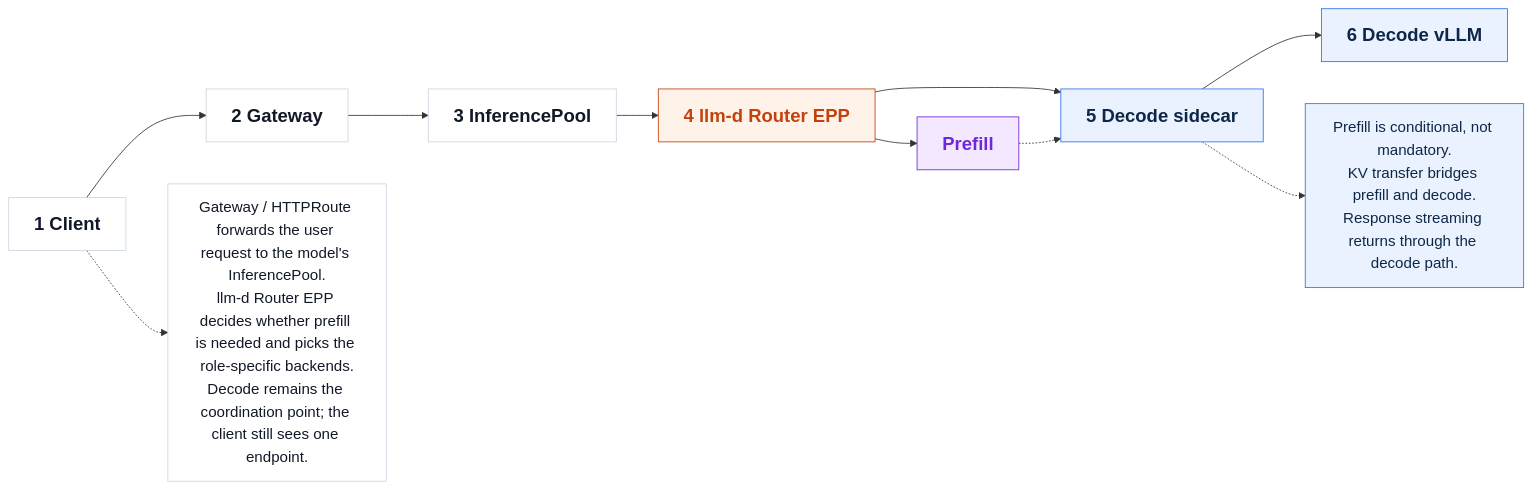
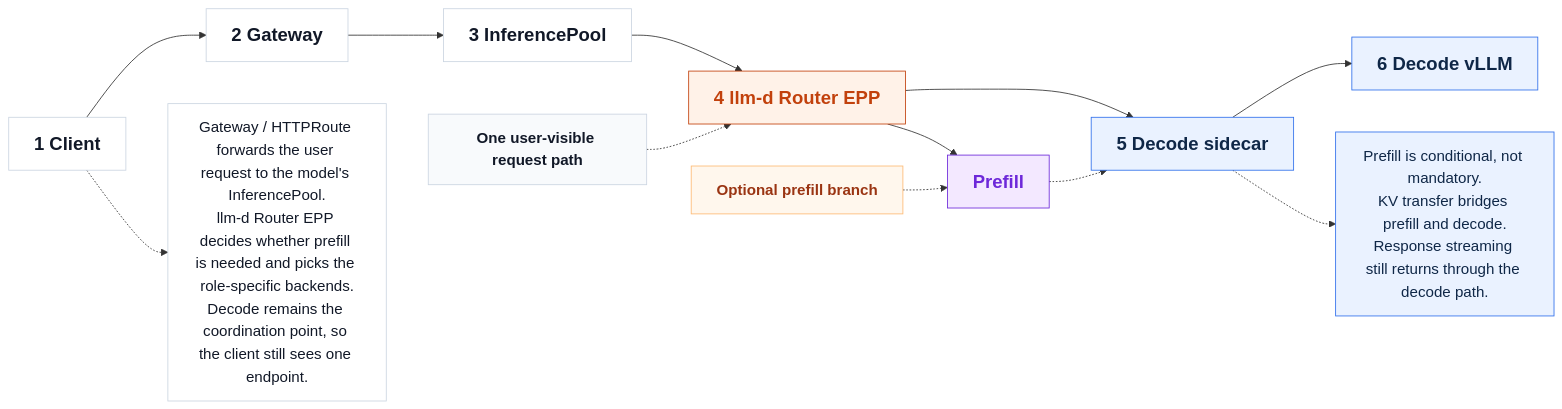
Before and after one commit to andyzhangx/demo: the diagram in llm/kaito-llm-d-pd-slides-assets/mermaid/slide-07-request-execution-flow.mmd, drawn with Mermaid. The commit also changed 6 other files, not shown here.

Commit message:
docs: polish presentation layouts for pd mermaid slides

```diff
--- a/llm/kaito-llm-d-pd-slides-assets/mermaid/slide-07-request-execution-flow.mmd
+++ b/llm/kaito-llm-d-pd-slides-assets/mermaid/slide-07-request-execution-flow.mmd
@@ -1,37 +1,45 @@
 flowchart LR
-%% pos CLIENT 70 160 220 110
-%% pos GATEWAY 350 160 250 110
-%% pos POOL 690 160 320 110
-%% pos ROUTER 1090 160 380 110
-%% pos SIDECAR 1580 160 320 110
-%% pos VLLM 1970 160 170 110
-%% pos PREFILL 1120 430 300 110
-%% pos NOTE1 70 650 1180 220
-%% pos NOTE2 1360 650 770 220
+%% pos PATH 70 85 620 90
+%% pos PREFILLTAG 1120 85 280 90
+%% pos CLIENT 80 210 220 110
+%% pos GATEWAY 360 210 250 110
+%% pos POOL 700 210 320 110
+%% pos ROUTER 1100 210 360 110
+%% pos SIDECAR 1560 210 320 110
+%% pos VLLM 1960 210 170 110
+%% pos PREFILL 1140 500 280 110
+%% pos NOTE1 80 690 1160 200
+%% pos NOTE2 1360 690 760 200
 
+PATH["One user-visible request path"]:::tag
+PREFILLTAG["Optional prefill branch"]:::tag2
 CLIENT["1 Client"]:::plain
 GATEWAY["2 Gateway"]:::plain
 POOL["3 InferencePool"]:::plain
 ROUTER["4 llm-d Router EPP"]:::orange
 SIDECAR["5 Decode sidecar"]:::decode
 VLLM["6 Decode vLLM"]:::decode
 PREFILL["Prefill"]:::prefill
-NOTE1["Gateway / HTTPRoute forwards the user request to the model's InferencePool.\nllm-d Router EPP decides whether prefill is needed and picks the role-specific backends.\nDecode remains the coordination point; the client still sees one endpoint."]:::note
-NOTE2["Prefill is conditional, not mandatory.\nKV transfer bridges prefill and decode.\nResponse streaming returns through the decode path."]:::blueNote
+NOTE1["Gateway / HTTPRoute forwards the user request to the model's InferencePool.\nllm-d Router EPP decides whether prefill is needed and picks the role-specific backends.\nDecode remains the coordination point, so the client still sees one endpoint."]:::note
+NOTE2["Prefill is conditional, not mandatory.\nKV transfer bridges prefill and decode.\nResponse streaming still returns through the decode path."]:::blueNote
 
 CLIENT --> GATEWAY
 GATEWAY --> POOL
 POOL --> ROUTER
 ROUTER --> SIDECAR
 SIDECAR --> VLLM
 ROUTER --> PREFILL
 PREFILL -.-> SIDECAR
+PATH -.-> ROUTER
+PREFILLTAG -.-> PREFILL
 CLIENT -.-> NOTE1
 SIDECAR -.-> NOTE2
 
 classDef prefill fill:#F3E8FF,stroke:#6D28D9,color:#6D28D9,font-size:22px,font-weight:bold
 classDef decode fill:#EAF2FF,stroke:#2F6FEB,color:#0F2747,font-size:22px,font-weight:bold
 classDef orange fill:#FFF2E8,stroke:#C2410C,color:#C2410C,font-size:22px,font-weight:bold
 classDef plain fill:#FFFFFF,stroke:#CBD5E1,color:#111827,font-size:22px,font-weight:bold
 classDef note fill:#FFFFFF,stroke:#CBD5E1,color:#111827,font-size:18px
 classDef blueNote fill:#EAF2FF,stroke:#2F6FEB,color:#0F2747,font-size:18px
+classDef tag fill:#F8FAFC,stroke:#CBD5E1,color:#111827,font-size:18px,font-weight:bold
+classDef tag2 fill:#FFF7ED,stroke:#FDBA74,color:#9A3412,font-size:18px,font-weight:bold
```
